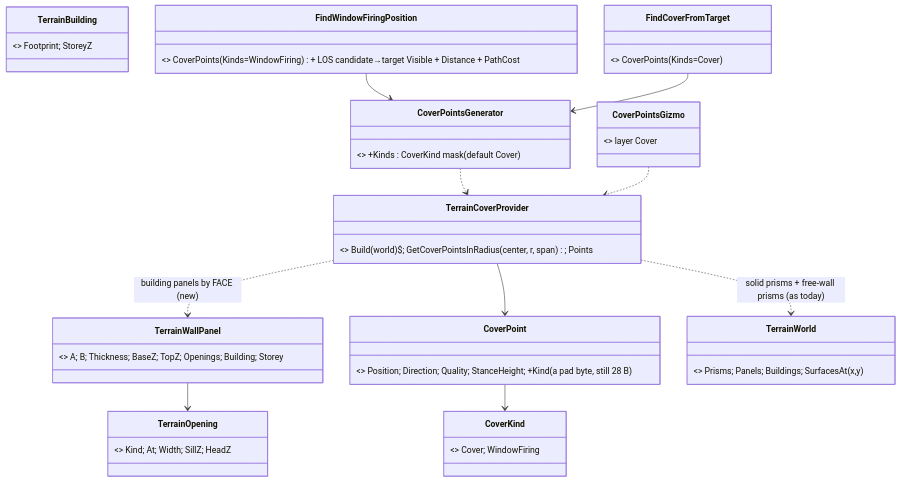
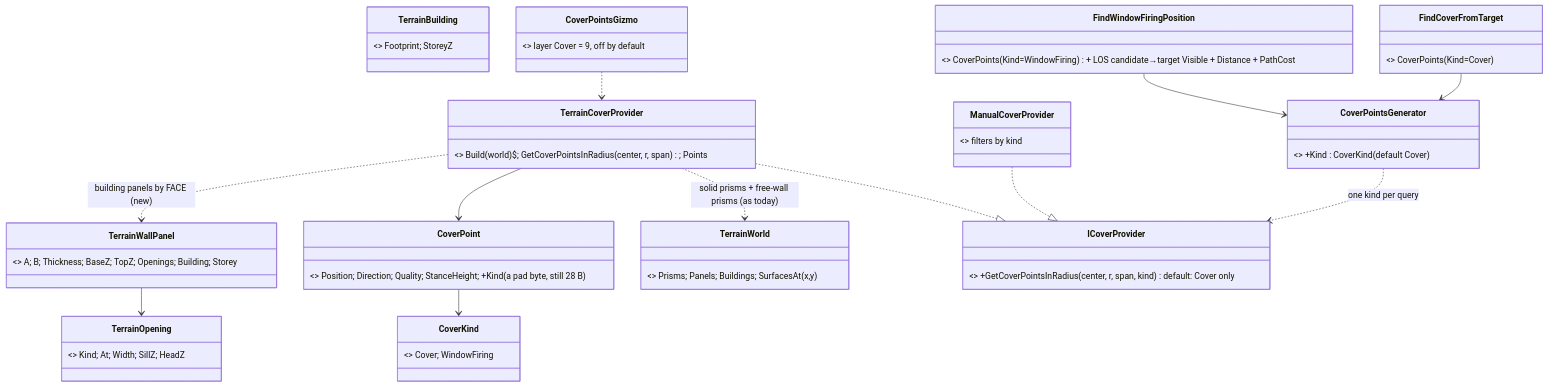
One commit to pjanec/HROT changed diagram 31 of 34 in docs/DESIGN_Building_Interiors.md. Above: the diagram before and after it, drawn with Mermaid. The commit also changed other lines of this file and 1 other file, not shown here.

````diff
--- a/docs/DESIGN_Building_Interiors.md
+++ b/docs/DESIGN_Building_Interiors.md
@@ -1309,23 +1309,27 @@
 ```mermaid
 classDiagram
   class TerrainCoverProvider { <<existing, grows>> Build(world)$; GetCoverPointsInRadius(center, r, span) ; Points }
   class CoverPoint { <<existing, grows>> Position; Direction; Quality; StanceHeight; +Kind (a pad byte, still 28 B) }
   class CoverKind { <<new enum>> Cover; WindowFiring }
   class TerrainWallPanel { <<existing>> A; B; Thickness; BaseZ; TopZ; Openings; Building; Storey }
   class TerrainOpening { <<existing>> Kind; At; Width; SillZ; HeadZ }
   class TerrainBuilding { <<existing>> Footprint; StoreyZ }
   class TerrainWorld { <<existing>> Prisms; Panels; Buildings; SurfacesAt(x,y) }
-  class CoverPointsGenerator { <<existing, grows>> +Kinds : CoverKind mask (default Cover) }
-  class FindWindowFiringPosition { <<new starter template>> CoverPoints(Kinds=WindowFiring) + LOS candidate→target Visible + Distance + PathCost }
-  class FindCoverFromTarget { <<existing, unchanged>> CoverPoints(Kinds=Cover) }
-  class CoverPointsGizmo { <<new>> layer Cover }
+  class CoverPointsGenerator { <<existing, grows>> +Kind : CoverKind (default Cover) }
+  class ICoverProvider { <<existing, grows>> +GetCoverPointsInRadius(center, r, span, kind) default: Cover only }
+  class ManualCoverProvider { <<existing, grows>> filters by kind }
+  class FindWindowFiringPosition { <<new starter template>> CoverPoints(Kind=WindowFiring) + LOS candidate→target Visible + Distance + PathCost }
+  class FindCoverFromTarget { <<existing, unchanged>> CoverPoints(Kind=Cover) }
+  class CoverPointsGizmo { <<new>> layer Cover = 9, off by default }
   TerrainCoverProvider ..> TerrainWorld : solid prisms + free-wall prisms (as today)
   TerrainCoverProvider ..> TerrainWallPanel : building panels by FACE (new)
   TerrainWallPanel --> TerrainOpening
   TerrainCoverProvider --> CoverPoint
   CoverPoint --> CoverKind
-  CoverPointsGenerator ..> TerrainCoverProvider
+  TerrainCoverProvider ..|> ICoverProvider
+  ManualCoverProvider ..|> ICoverProvider
+  CoverPointsGenerator ..> ICoverProvider : one kind per query
   FindWindowFiringPosition --> CoverPointsGenerator
   FindCoverFromTarget --> CoverPointsGenerator
   CoverPointsGizmo ..> TerrainCoverProvider
 ```
````
